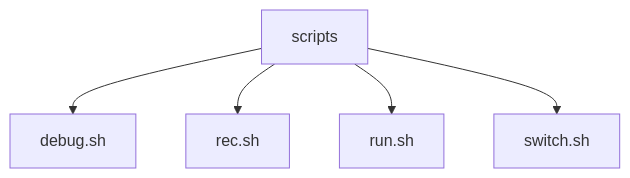
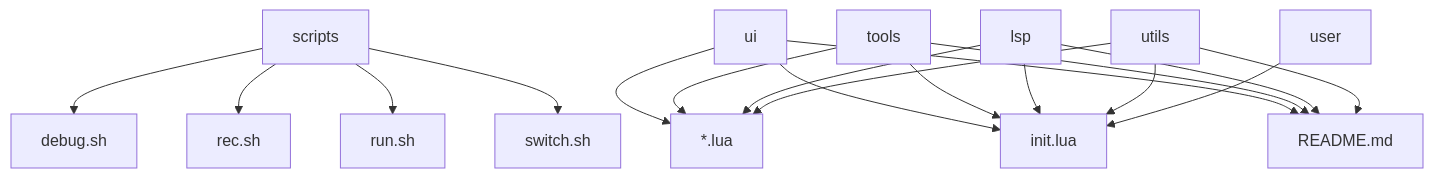
The third of 3 diagrams in README.md (the-essence-of-life/sparenvim), drawn with Mermaid before and after one commit. The commit also changed other lines of this file, not shown here.

````diff
--- a/README.md
+++ b/README.md
@@ -211,7 +212,20 @@
 ```mermaid
 flowchart TB;
     scripts-->debug.sh;
     scripts-->rec.sh;
     scripts-->run.sh;
     scripts-->switch.sh;
+    ui-->*.lua;
+    ui-->init.lua;
+    ui-->README.md;
+    tools-->*.lua;
+    tools-->init.lua;
+    tools-->README.md;
+    lsp-->*.lua;
+    lsp-->init.lua;
+    lsp-->README.md;
+    utils-->*.lua;
+    utils-->init.lua;
+    utils-->README.md;
+    user-->init.lua;
 ```
````
